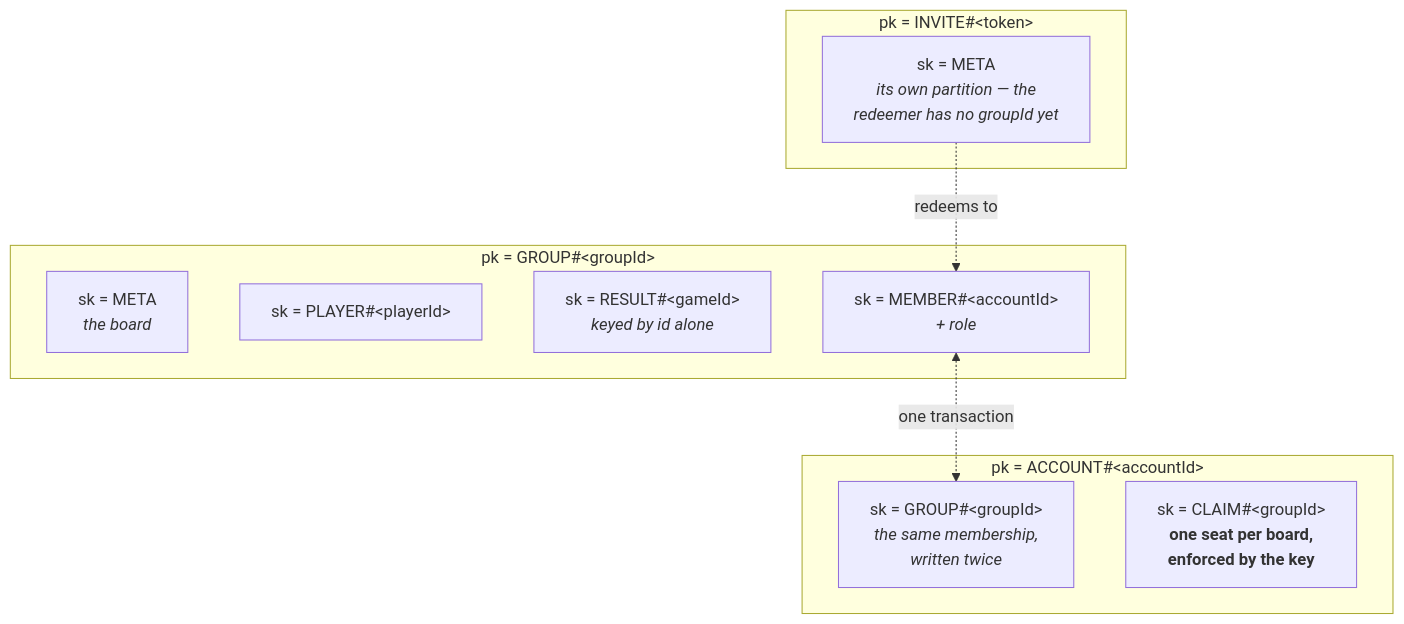
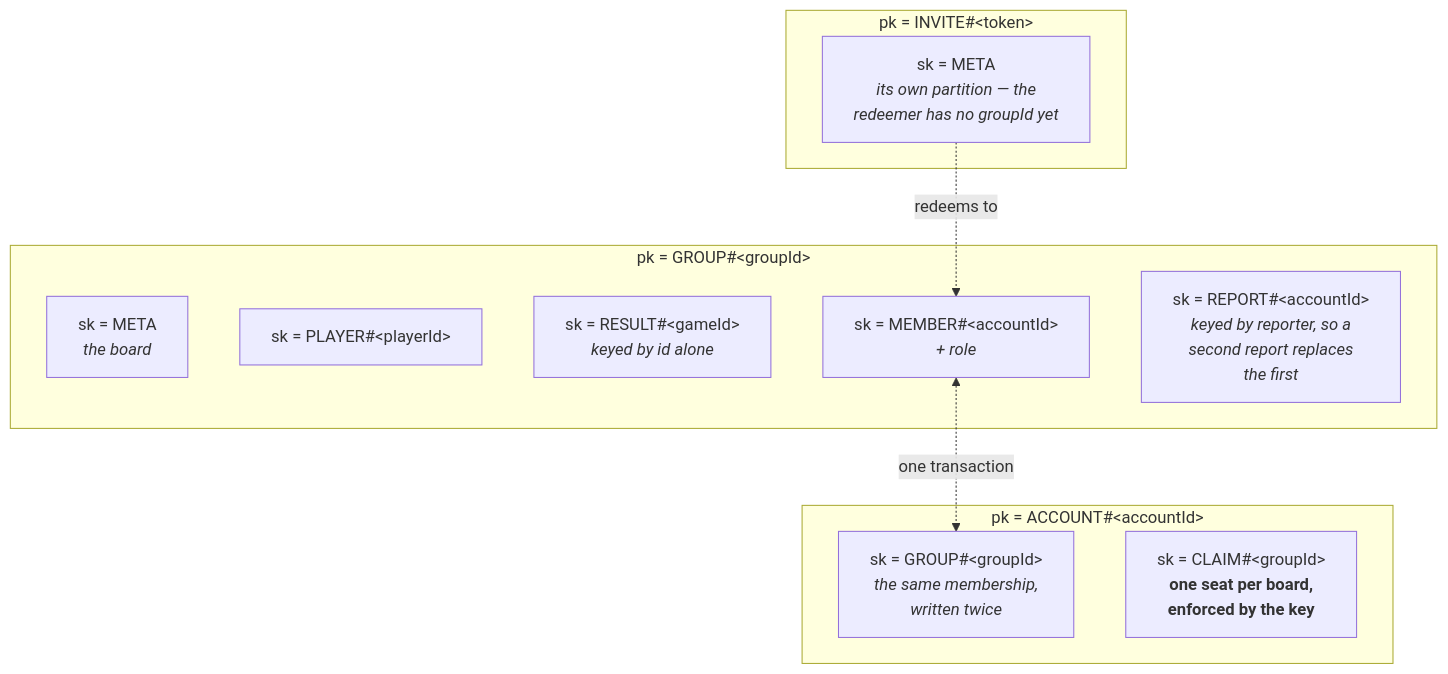
Before and after one commit to toondeboer/poker: the second of 2 diagrams in ARCHITECTURE.md, drawn with Mermaid. The commit also changed other lines of this file, not shown here.

First line of the commit message:
docs: the key-schema diagram gains the report row

````diff
--- a/ARCHITECTURE.md
+++ b/ARCHITECTURE.md
@@ -181,21 +181,22 @@
 ```mermaid
 flowchart TB
   subgraph G["pk = GROUP#&lt;groupId&gt;"]
     GM["sk = META<br/><i>the board</i>"]
     GP["sk = PLAYER#&lt;playerId&gt;"]
     GR["sk = RESULT#&lt;gameId&gt;<br/><i>keyed by id alone</i>"]
     GB["sk = MEMBER#&lt;accountId&gt;<br/><i>+ role</i>"]
+    GX["sk = REPORT#&lt;accountId&gt;<br/><i>keyed by reporter, so a<br/>second report replaces<br/>the first</i>"]
   end
 
   subgraph A["pk = ACCOUNT#&lt;accountId&gt;"]
     AM["sk = GROUP#&lt;groupId&gt;<br/><i>the same membership,<br/>written twice</i>"]
     AC["sk = CLAIM#&lt;groupId&gt;<br/><b>one seat per board,<br/>enforced by the key</b>"]
   end
 
   subgraph I["pk = INVITE#&lt;token&gt;"]
     IM["sk = META<br/><i>its own partition — the<br/>redeemer has no groupId yet</i>"]
   end
 
   GB <-.->|"one transaction"| AM
   IM -.->|"redeems to"| GB
 ```
````
